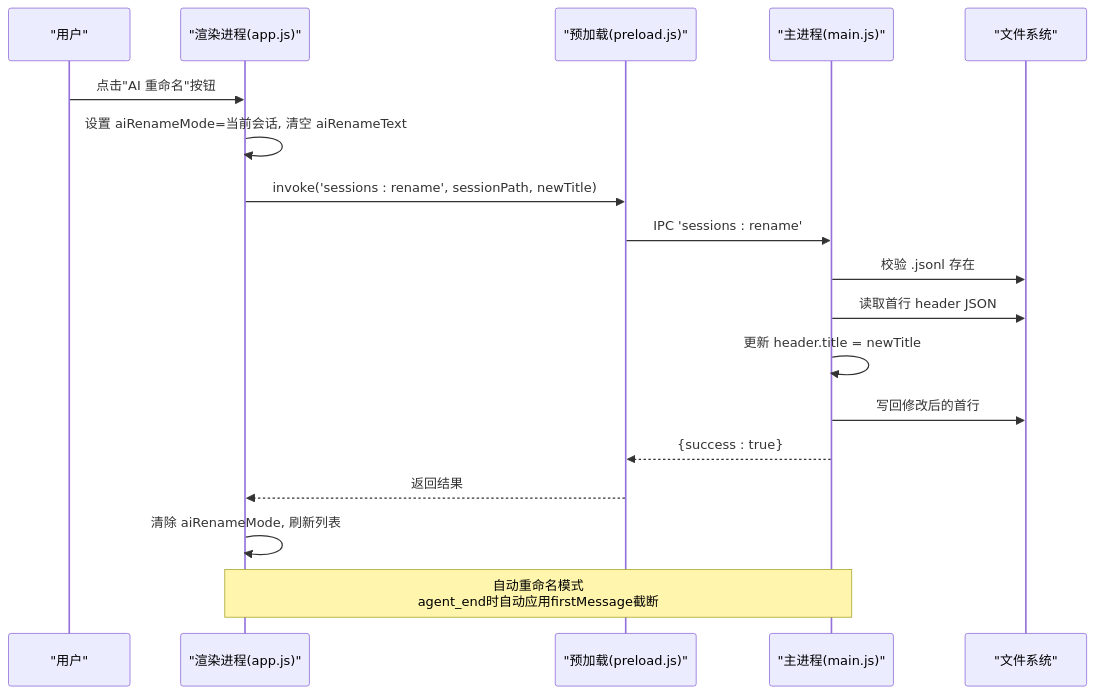
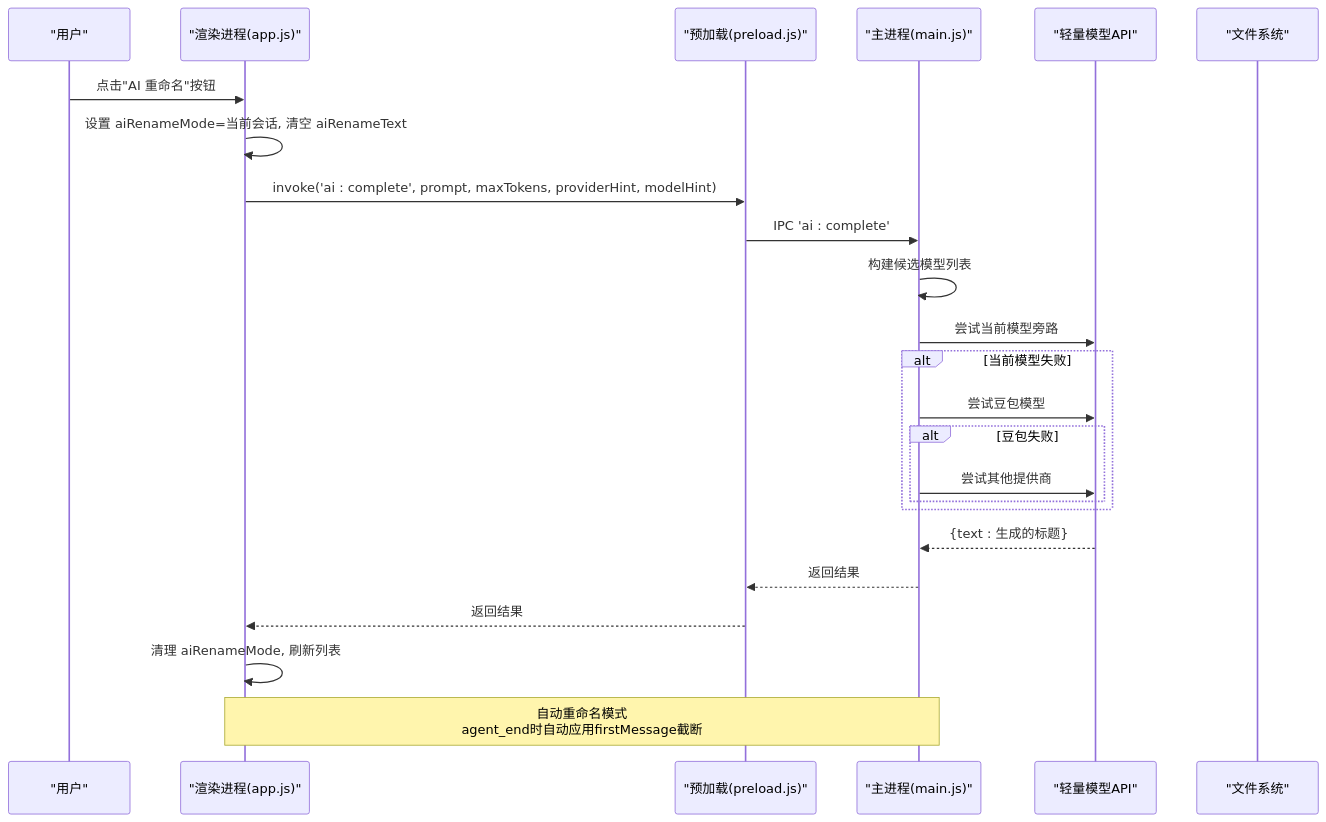
One commit to swond-Mao/Tiffa changed the second of 3 diagrams in .qoder/repowiki/zh/content/用户界面/AI智能重命名功能.md. Above: the diagram before and after it, drawn with Mermaid. The commit also changed other lines of this file and 17 other files, not shown here.

````diff
--- a/.qoder/repowiki/zh/content/用户界面/AI智能重命名功能.md
+++ b/.qoder/repowiki/zh/content/用户界面/AI智能重命名功能.md
@@ -89,20 +91,26 @@
 ```mermaid
 sequenceDiagram
 participant U as "用户"
 participant R as "渲染进程(app.js)"
 participant P as "预加载(preload.js)"
 participant M as "主进程(main.js)"
+participant L as "轻量模型API"
 participant F as "文件系统"
 U->>R : 点击"AI 重命名"按钮
 R->>R : 设置 aiRenameMode=当前会话, 清空 aiRenameText
-R->>P : invoke('sessions : rename', sessionPath, newTitle)
-P->>M : IPC 'sessions : rename'
-M->>F : 校验 .jsonl 存在
-M->>F : 读取首行 header JSON
-M->>M : 更新 header.title = newTitle
-M->>F : 写回修改后的首行
-M-->>P : {success : true}
+R->>P : invoke('ai : complete', prompt, maxTokens, providerHint, modelHint)
+P->>M : IPC 'ai : complete'
+M->>M : 构建候选模型列表
+M->>L : 尝试当前模型旁路
+alt 当前模型失败
+M->>L : 尝试豆包模型
+alt 豆包失败
+M->>L : 尝试其他提供商
+end
+end
+L-->>M : {text : 生成的标题}
+M-->>P : 返回结果
 P-->>R : 返回结果
-R->>R : 清除 aiRenameMode, 刷新列表
+R->>R : 清理 aiRenameMode, 刷新列表
 Note over R,M : 自动重命名模式<br/>agent_end时自动应用firstMessage截断
 ```
````
